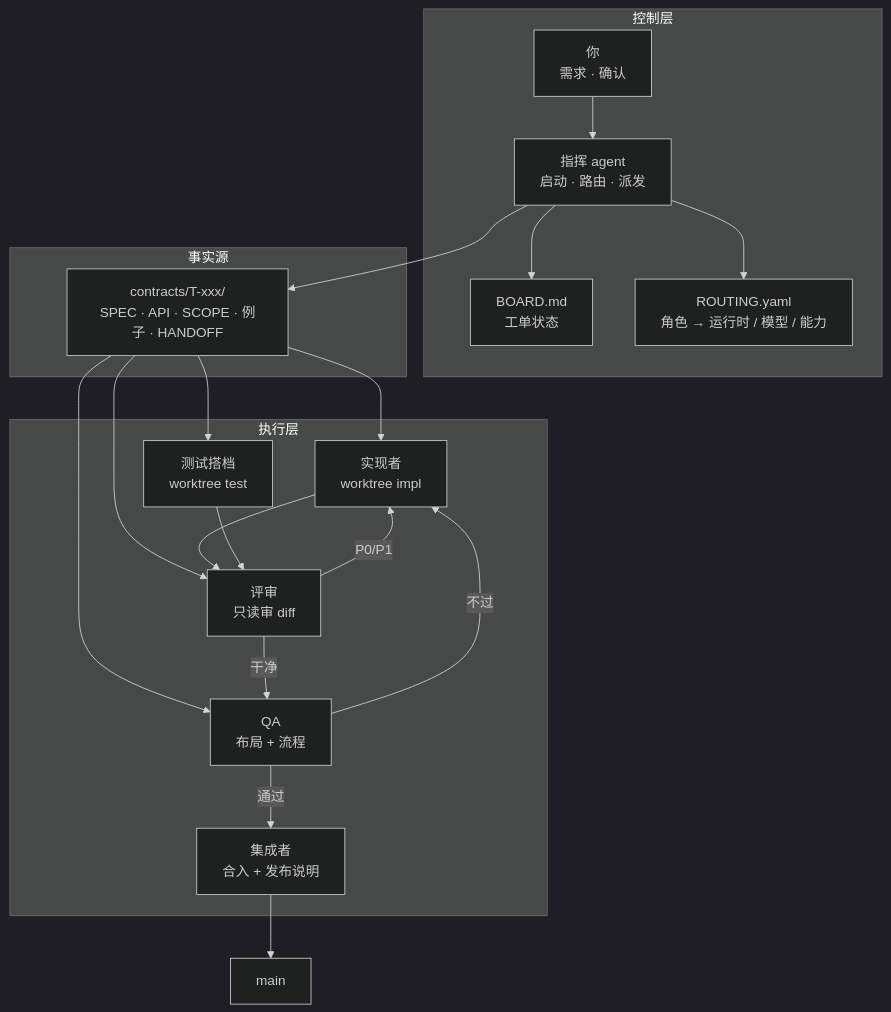
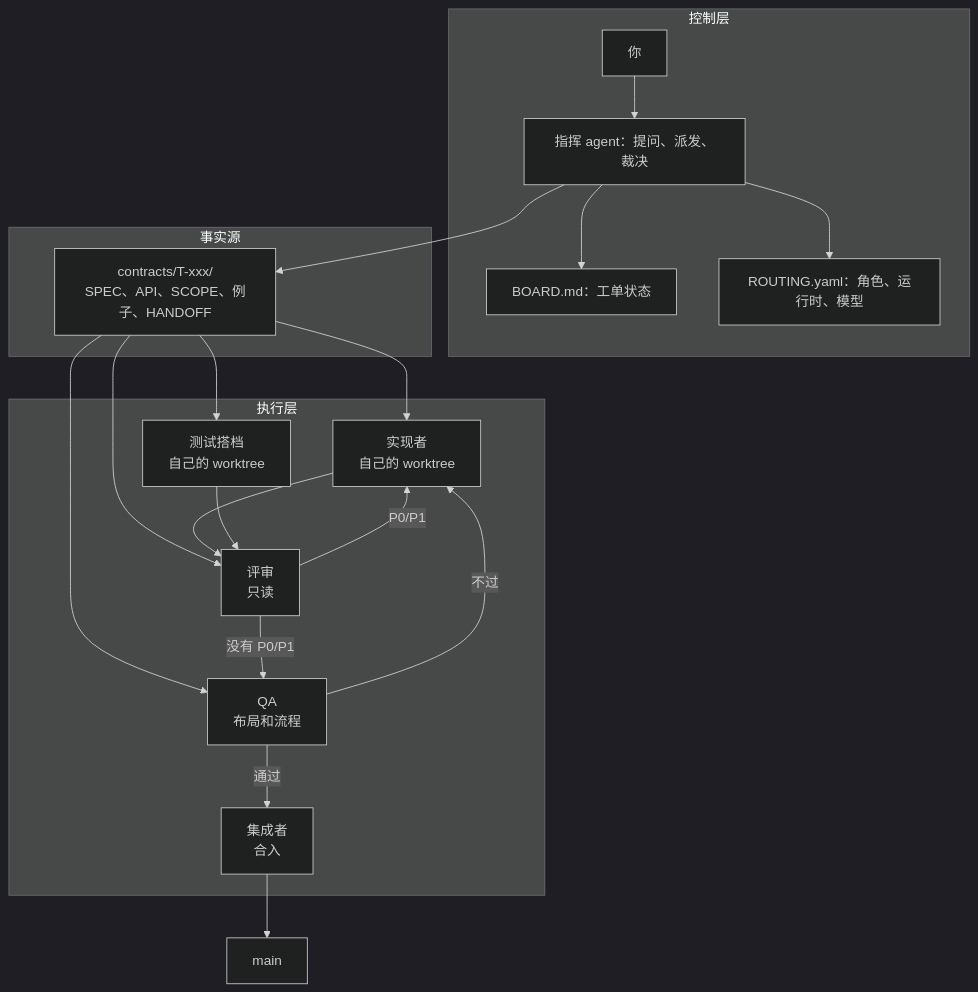
One commit to tcwhvi/coding-pair-crew changed the second of 2 diagrams in README.zh-CN.md. Above: the diagram before and after it, drawn with Mermaid (dark theme). The commit also changed other lines of this file, not shown here.

````diff
--- a/README.zh-CN.md
+++ b/README.zh-CN.md
@@ -57,37 +48,37 @@
 ```mermaid
 flowchart TB
     subgraph CONTROL["控制层"]
-        U["你<br/>需求 · 确认"]
-        C["指挥 agent<br/>启动 · 路由 · 派发"]
-        B["BOARD.md<br/>工单状态"]
-        R["ROUTING.yaml<br/>角色 → 运行时 / 模型 / 能力"]
+        U["你"]
+        C["指挥 agent：提问、派发、裁决"]
+        B["BOARD.md：工单状态"]
+        R["ROUTING.yaml：角色、运行时、模型"]
     end
 
     subgraph TRUTH["事实源"]
-        K["contracts/T-xxx/<br/>SPEC · API · SCOPE · 例子 · HANDOFF"]
+        K["contracts/T-xxx/<br/>SPEC、API、SCOPE、例子、HANDOFF"]
     end
 
     subgraph EXEC["执行层"]
-        I["实现者<br/>worktree impl"]
-        T["测试搭档<br/>worktree test"]
-        V["评审<br/>只读审 diff"]
-        Q["QA<br/>布局 + 流程"]
-        G["集成者<br/>合入 + 发布说明"]
+        I["实现者<br/>自己的 worktree"]
+        T["测试搭档<br/>自己的 worktree"]
+        V["评审<br/>只读"]
+        Q["QA<br/>布局和流程"]
+        G["集成者<br/>合入"]
     end
 
     U --> C
     C --> B
     C --> R
     C --> K
     K --> I
     K --> T
     K --> V
     K --> Q
     I --> V
     T --> V
     V -->|P0/P1| I
-    V -->|干净| Q
+    V -->|没有 P0/P1| Q
     Q -->|不过| I
     Q -->|通过| G
     G --> M["main"]
 ```
````
